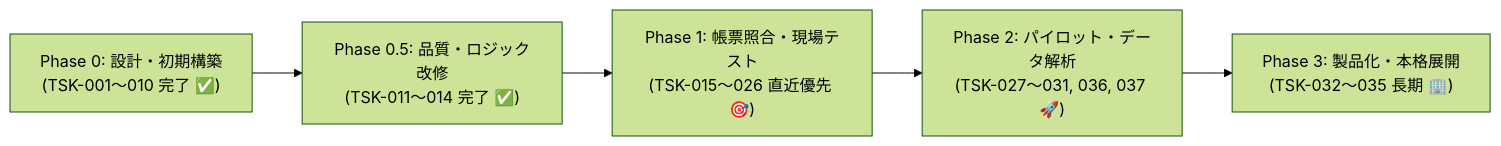
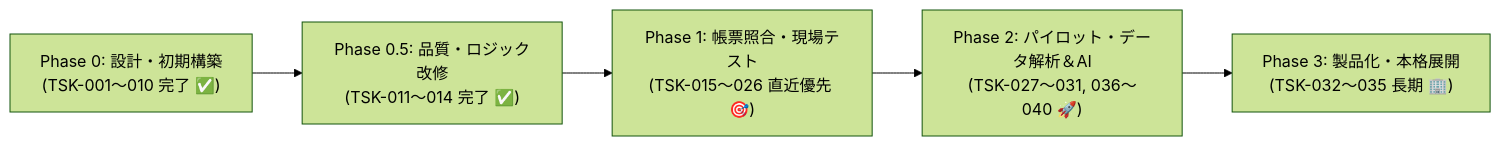
Before and after one commit to SHOMASATOADV/einou: the diagram in docs/task_roadmap.md, drawn with Mermaid (forest theme). The commit also changed other lines of this file, not shown here.

Commit message:
docs: add weather API, AI advisor, and labor Pareto analysis tasks (TSK-038 to TSK-040)

````diff
--- a/docs/task_roadmap.md
+++ b/docs/task_roadmap.md
@@ -5,7 +5,7 @@
 ```mermaid
 flowchart LR
     P0["Phase 0: 設計・初期構築\n(TSK-001〜010 完了 ✅)"] --> P05["Phase 0.5: 品質・ロジック改修\n(TSK-011〜014 完了 ✅)"]
     P05 --> P1["Phase 1: 帳票照合・現場テスト\n(TSK-015〜026 直近優先 🎯)"]
-    P1 --> P2["Phase 2: パイロット・データ解析\n(TSK-027〜031, 036, 037 🚀)"]
+    P1 --> P2["Phase 2: パイロット・データ解析＆AI\n(TSK-027〜031, 036〜040 🚀)"]
     P2 --> P3["Phase 3: 製品化・本格展開\n(TSK-032〜035 長期 🏢)"]
 ```
````
